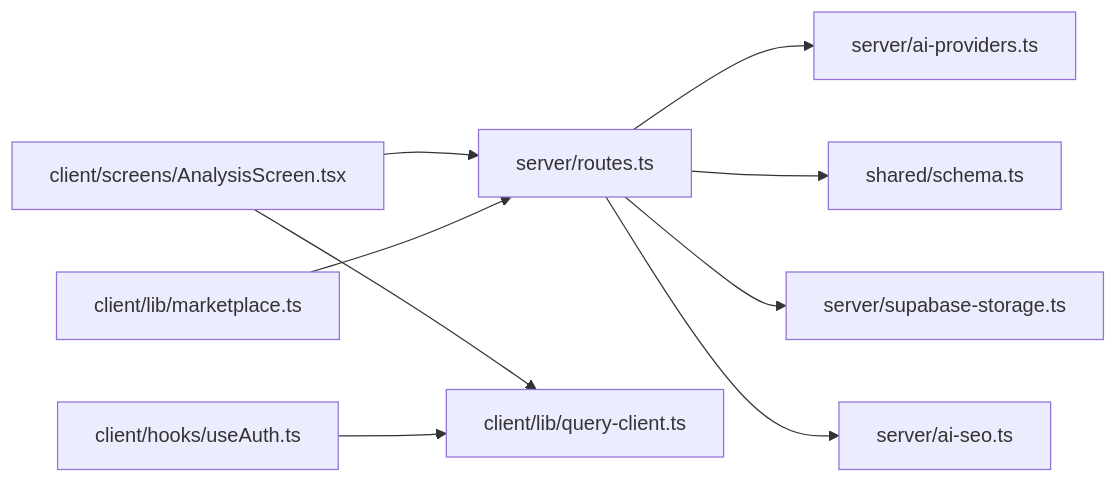
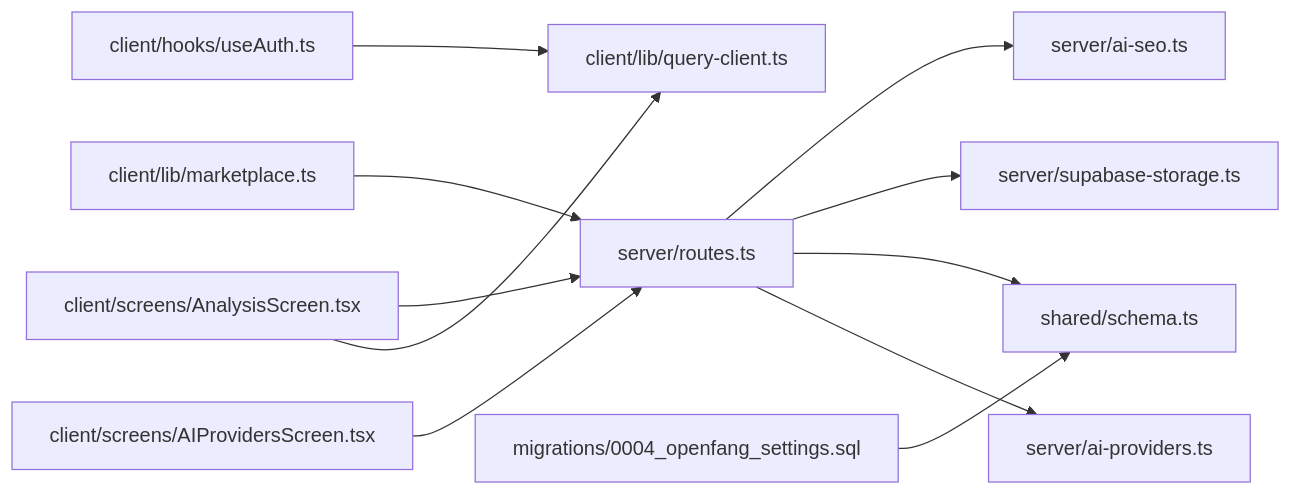
The tenth of 10 diagrams in .qoder/repowiki/en/content/Backend Services/API Endpoints/Analysis Endpoints.md (hunglevi87/Hidden-Gem), drawn with Mermaid before and after one commit. The commit also changed other lines of this file and 5 other files, not shown here.

````diff
--- a/.qoder/repowiki/en/content/Backend Services/API Endpoints/Analysis Endpoints.md
+++ b/.qoder/repowiki/en/content/Backend Services/API Endpoints/Analysis Endpoints.md
@@ -376,11 +514,13 @@
 ```mermaid
 graph LR
 Routes["server/routes.ts"] --> Providers["server/ai-providers.ts"]
 Routes --> Schema["shared/schema.ts"]
 Routes --> Storage["server/supabase-storage.ts"]
 Routes --> SEO["server/ai-seo.ts"]
 AnalysisScreen["client/screens/AnalysisScreen.tsx"] --> QueryClient["client/lib/query-client.ts"]
 AnalysisScreen --> Routes
+AIProvidersScreen["client/screens/AIProvidersScreen.tsx"] --> Routes
 Marketplace["client/lib/marketplace.ts"] --> Routes
 Auth["client/hooks/useAuth.ts"] --> QueryClient
+OpenFangDB["migrations/0004_openfang_settings.sql"] --> Schema
 ```
````
